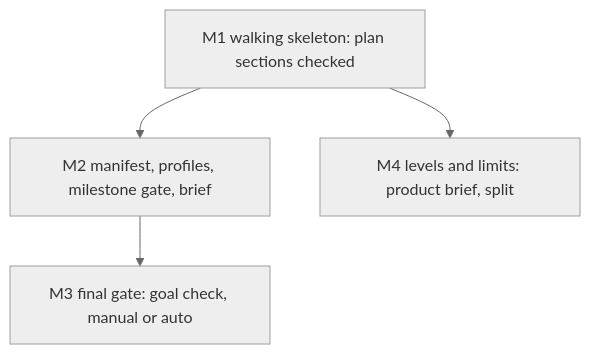
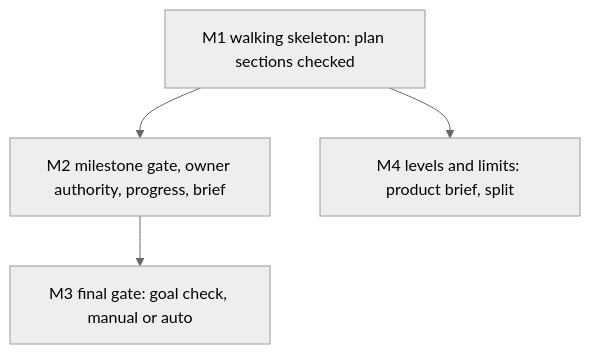
One commit to sibulus13/claudence changed the second of 2 diagrams in docs/work/agentic-loop/README.md. Above: the diagram before and after it, drawn with Mermaid (neutral theme). The commit also changed other lines of this file and 5 other files, not shown here.

````diff
--- a/docs/work/agentic-loop/README.md
+++ b/docs/work/agentic-loop/README.md
@@ -162,8 +148,6 @@
 ```mermaid
 flowchart TD
-  M1["M1 walking skeleton: plan sections checked"] --> M2["M2 manifest, profiles, milestone gate, brief"]
+  M1["M1 walking skeleton: plan sections checked"] --> M2["M2 milestone gate, owner authority, progress, brief"]
   M2 --> M3["M3 final gate: goal check, manual or auto"]
   M1 --> M4["M4 levels and limits: product brief, split"]
-  classDef planned fill:#eeeeee,color:#333,stroke:#9e9e9e
-  class M1,M2,M3,M4 planned
 ```
````
